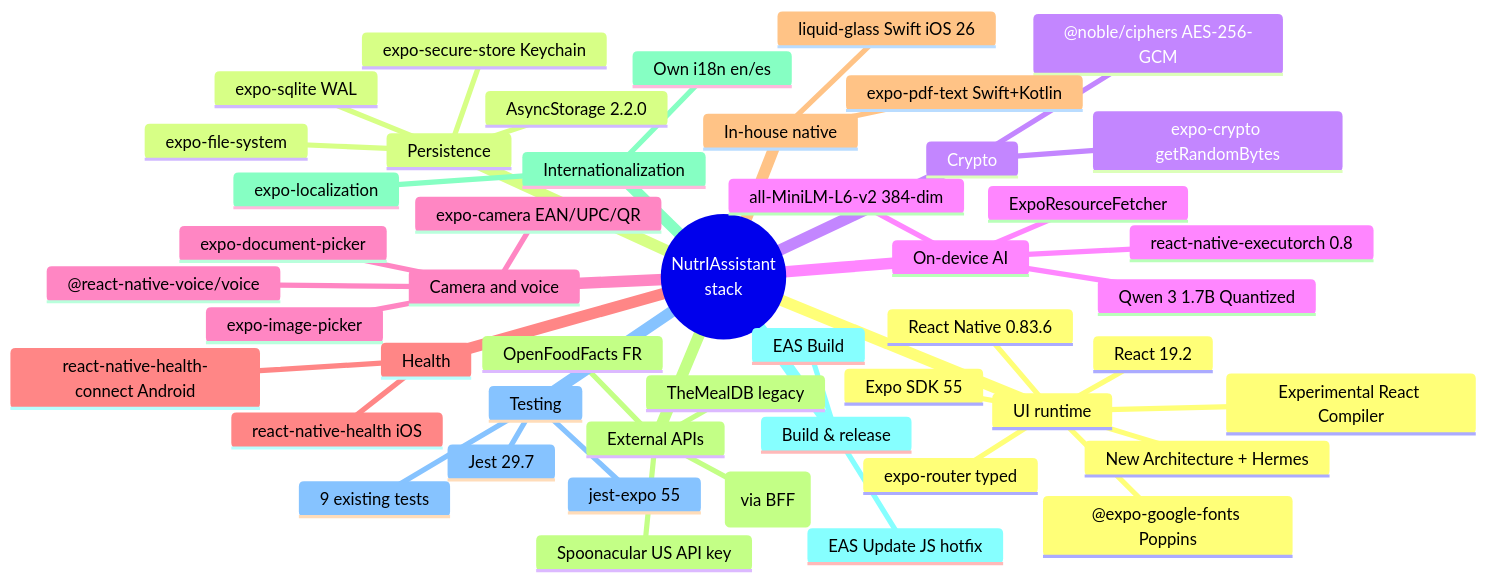
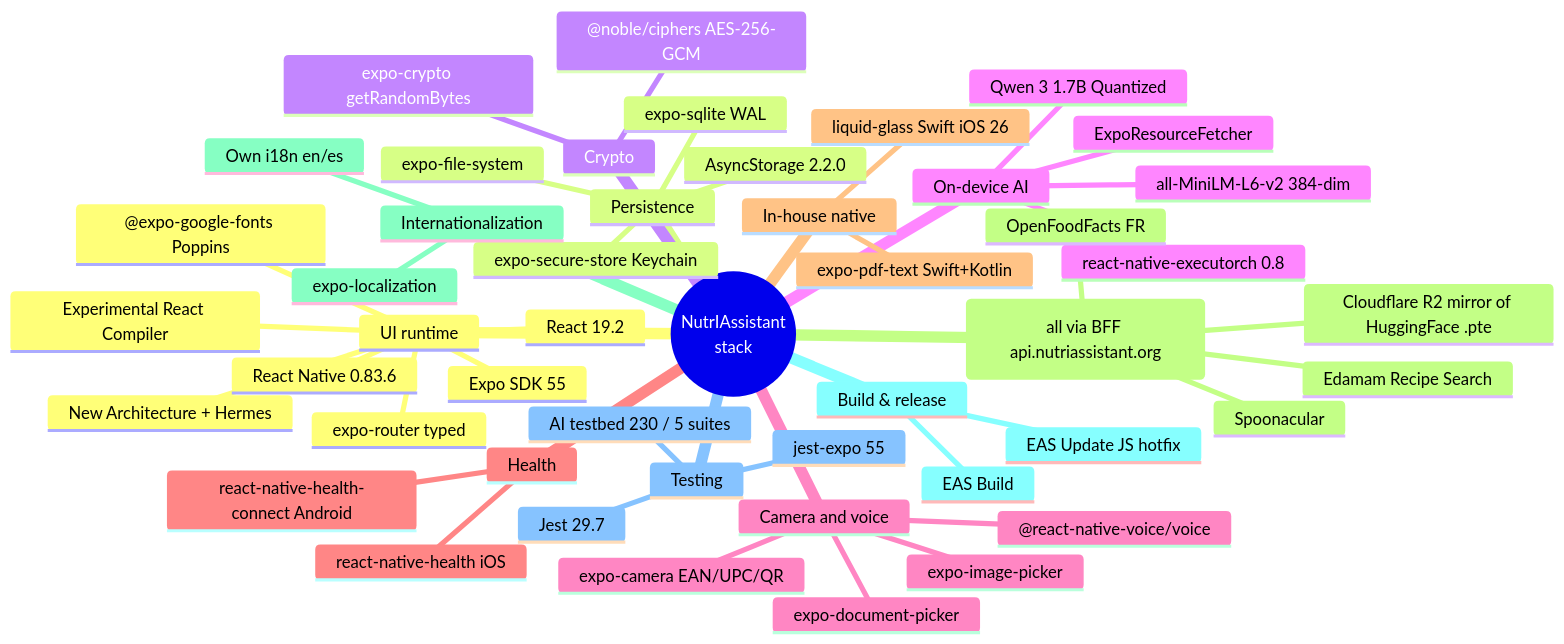
Diagram 14 of 23 in docs/data-architecture/11-diagrams.md (antonionc/nutrIAssistant), drawn with Mermaid before and after one commit. The commit also changed other lines of this file and 51 other files, not shown here.

````diff
--- a/docs/data-architecture/11-diagrams.md
+++ b/docs/data-architecture/11-diagrams.md
@@ -794,51 +795,51 @@
 ```mermaid
 mindmap
   root((NutrIAssistant<br/>stack))
     UI runtime
       React 19.2
       React Native 0.83.6
       Expo SDK 55
       expo-router typed
       New Architecture + Hermes
       Experimental React Compiler
       @expo-google-fonts Poppins
     Persistence
       expo-sqlite WAL
       AsyncStorage 2.2.0
       expo-secure-store Keychain
       expo-file-system
     Crypto
       @noble/ciphers AES-256-GCM
       expo-crypto getRandomBytes
     On-device AI
       react-native-executorch 0.8
       Qwen 3 1.7B Quantized
       all-MiniLM-L6-v2 384-dim
       ExpoResourceFetcher
     Camera and voice
       expo-camera EAN/UPC/QR
       expo-image-picker
       expo-document-picker
       @react-native-voice/voice
     Health
       react-native-health iOS
       react-native-health-connect Android
     In-house native
       expo-pdf-text Swift+Kotlin
       liquid-glass Swift iOS 26
-    External APIs
+    External APIs (all via BFF api.nutriassistant.org)
       OpenFoodFacts FR
-      Edamam (via BFF)
-      Spoonacular US API key
-      TheMealDB legacy
+      Edamam Recipe Search
+      Spoonacular
+      Cloudflare R2 mirror of HuggingFace .pte
     Internationalization
       expo-localization
       Own i18n en/es
     Build & release
       EAS Build
       EAS Update JS hotfix
     Testing
       Jest 29.7
       jest-expo 55
-      9 existing tests
+      AI testbed 230 / 5 suites
 ```
````
